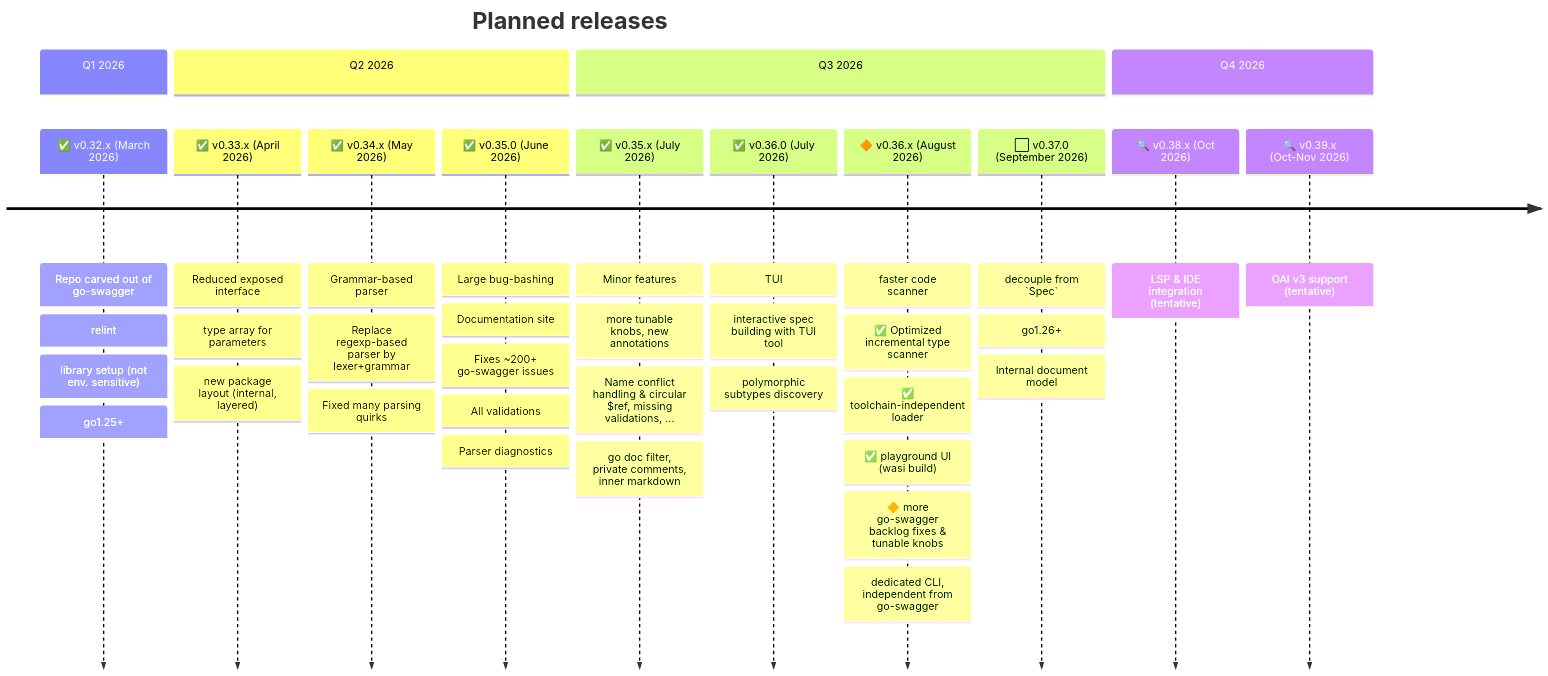
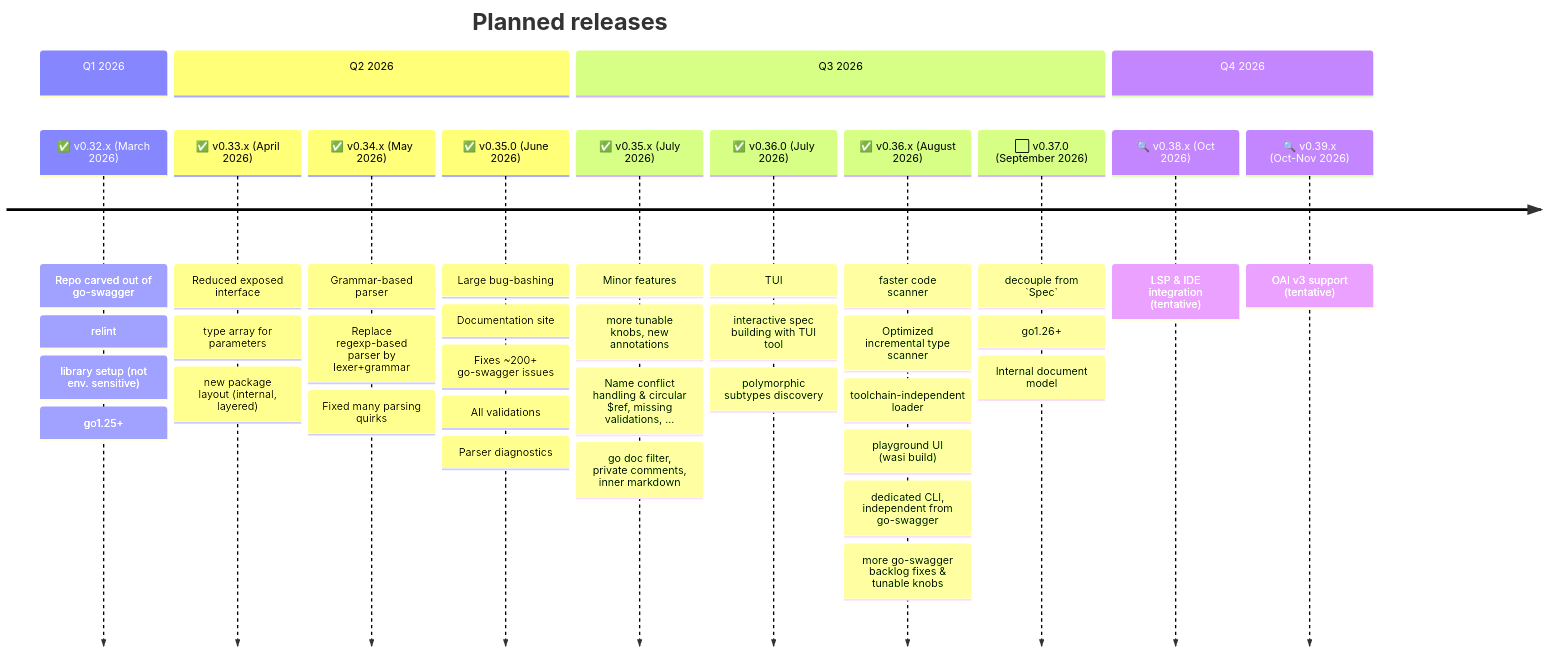
One commit to go-openapi/codescan changed the diagram in docs/doc-site/maintainers/ROADMAP.md. Above: the diagram before and after it, drawn with Mermaid.

Commit message:
doc: updated roadmap

```diff
--- a/docs/doc-site/maintainers/ROADMAP.md
+++ b/docs/doc-site/maintainers/ROADMAP.md
@@ -9,41 +9,41 @@
 {{< mermaid align="center" zoom="true" >}}
 timeline
     title Planned releases
     section Q1 2026
     ✅ v0.32.x (March 2026) : Repo carved out of go-swagger
                     : relint
                     : library setup (not env. sensitive)
                     : go1.25+
     section Q2 2026
     ✅ v0.33.x (April 2026) : Reduced exposed interface
                     : type array for parameters
                     : new package layout (internal, layered)
     ✅ v0.34.x (May 2026) : Grammar-based parser
                     : Replace regexp-based parser by lexer+grammar
                     : Fixed many parsing quirks
     ✅ v0.35.0 (June 2026) : Large bug-bashing
                     : Documentation site
                     : Fixes ~200+ go-swagger issues
                     : All validations
                     : Parser diagnostics
     section Q3 2026
     ✅ v0.35.x (July 2026) : Minor features
                     : more tunable knobs, new annotations
                     : Name conflict handling & circular $ref, missing validations, ... 
                     : go doc filter, private comments, inner markdown
     ✅ v0.36.0 (July 2026) : TUI
                     : interactive spec building with TUI tool
                     : polymorphic subtypes discovery
-    🔶 v0.36.x (August 2026) : faster code scanner
-                    : ✅ Optimized incremental type scanner
-                    : ✅ toolchain-independent loader
-                    : ✅ playground UI (wasi build)
-                    : 🔶 more go-swagger backlog fixes & tunable knobs
+    ✅ v0.36.x (August 2026) : faster code scanner
+                    : Optimized incremental type scanner
+                    : toolchain-independent loader
+                    : playground UI (wasi build)
                     : dedicated CLI, independent from go-swagger
+                    : more go-swagger backlog fixes & tunable knobs
     ⬜ v0.37.0 (September 2026) : decouple from `Spec`
                     : go1.26+
                     : Internal document model
     section Q4 2026
     🔍 v0.38.x (Oct 2026) : LSP & IDE integration (tentative)
     🔍 v0.39.x (Oct-Nov 2026) : OAI v3 support (tentative)
 {{< /mermaid >}}
```
